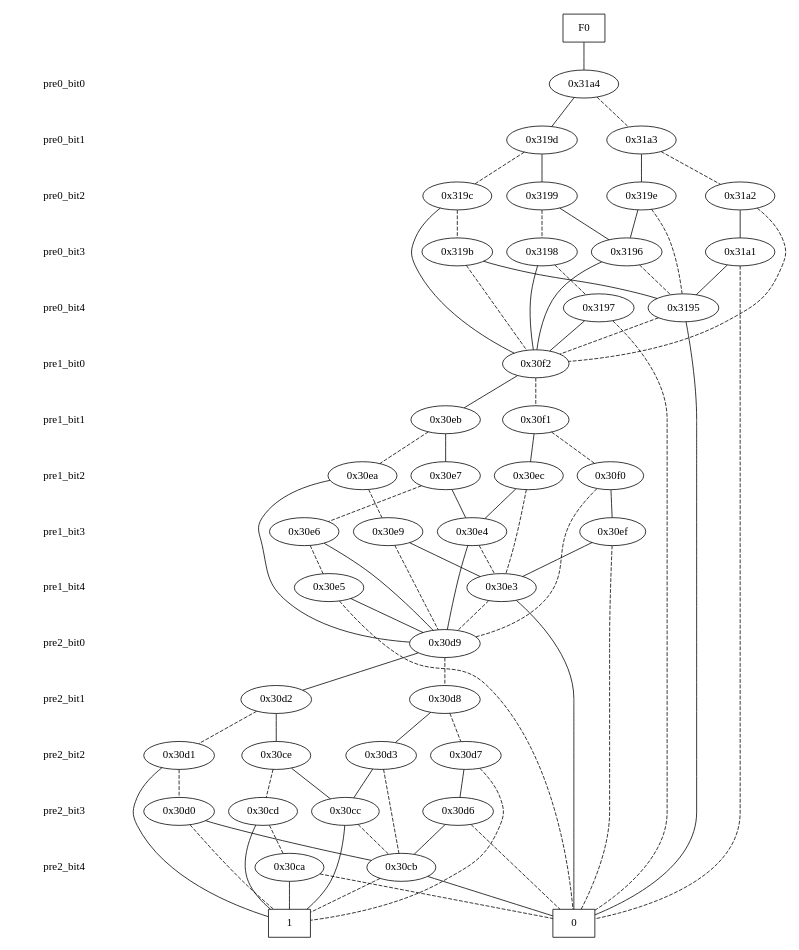
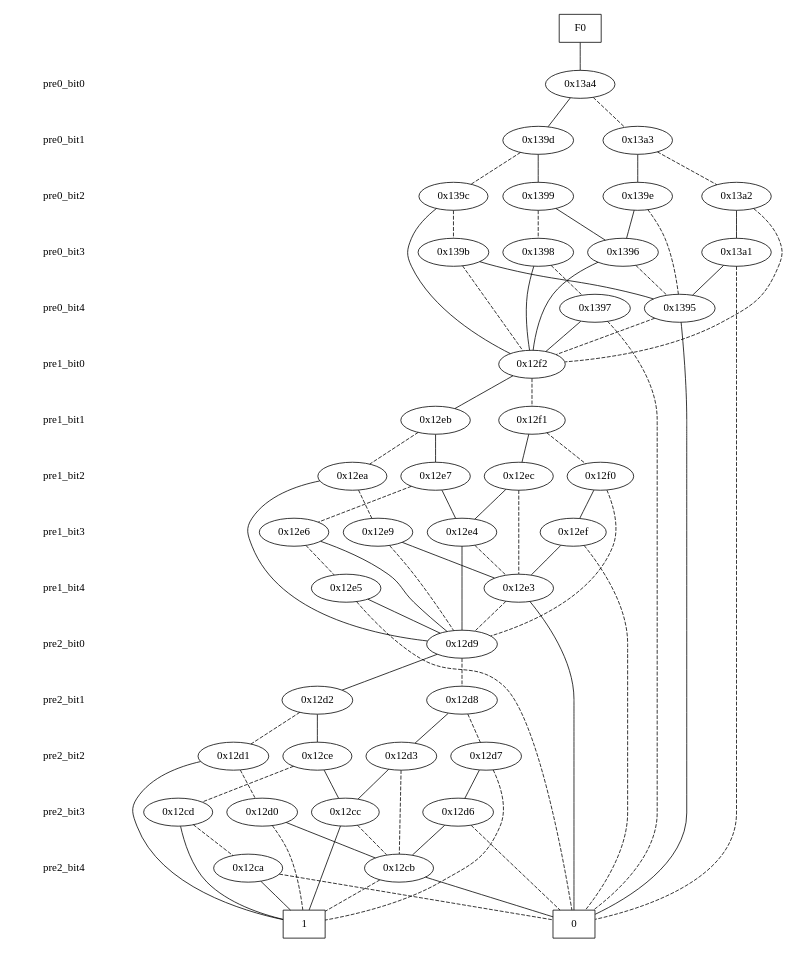
One commit to galvusdamor/downward-hm changed the diagram in state_copy.dot. Above: the diagram before and after it, drawn with Graphviz. The commit also changed 3 other files, not shown here.

```diff
--- a/state_copy.dot
+++ b/state_copy.dot
@@ -1,167 +1,167 @@
 digraph "DD" {
 size = "7.5,10"
 center = true;
 edge [dir = none];
 { node [shape = plaintext];
   edge [style = invis];
   "CONST NODES" [style = invis];
 " pre0_bit0 " -> " pre0_bit1 " -> " pre0_bit2 " -> " pre0_bit3 " -> " pre0_bit4 " -> " pre1_bit0 " -> " pre1_bit1 " -> " pre1_bit2 " -> " pre1_bit3 " -> " pre1_bit4 " -> " pre2_bit0 " -> " pre2_bit1 " -> " pre2_bit2 " -> " pre2_bit3 " -> " pre2_bit4 " -> "CONST NODES"; 
 }
 { rank = same; node [shape = box]; edge [style = invis];
 "F0"; }
 { rank = same; " pre0_bit0 ";
-"0x31a4";
+"0x13a4";
 }
 { rank = same; " pre0_bit1 ";
-"0x31a3";
-"0x319d";
+"0x13a3";
+"0x139d";
 }
 { rank = same; " pre0_bit2 ";
-"0x31a2";
-"0x319c";
-"0x319e";
-"0x3199";
+"0x13a2";
+"0x139c";
+"0x139e";
+"0x1399";
 }
 { rank = same; " pre0_bit3 ";
-"0x319b";
-"0x3196";
-"0x3198";
-"0x31a1";
+"0x139b";
+"0x1396";
+"0x1398";
+"0x13a1";
 }
 { rank = same; " pre0_bit4 ";
-"0x3197";
-"0x3195";
+"0x1395";
+"0x1397";
 }
 { rank = same; " pre1_bit0 ";
-"0x30f2";
+"0x12f2";
 }
 { rank = same; " pre1_bit1 ";
-"0x30f1";
-"0x30eb";
+"0x12f1";
+"0x12eb";
 }
 { rank = same; " pre1_bit2 ";
-"0x30f0";
-"0x30ea";
-"0x30ec";
-"0x30e7";
+"0x12ea";
+"0x12ec";
+"0x12e7";
+"0x12f0";
 }
 { rank = same; " pre1_bit3 ";
-"0x30e9";
-"0x30e4";
-"0x30e6";
-"0x30ef";
+"0x12e4";
+"0x12e6";
+"0x12ef";
+"0x12e9";
 }
 { rank = same; " pre1_bit4 ";
-"0x30e3";
-"0x30e5";
+"0x12e3";
+"0x12e5";
 }
 { rank = same; " pre2_bit0 ";
-"0x30d9";
+"0x12d9";
 }
 { rank = same; " pre2_bit1 ";
-"0x30d2";
-"0x30d8";
+"0x12d2";
+"0x12d8";
 }
 { rank = same; " pre2_bit2 ";
-"0x30d3";
-"0x30d7";
-"0x30ce";
-"0x30d1";
+"0x12d1";
+"0x12d3";
+"0x12d7";
+"0x12ce";
 }
 { rank = same; " pre2_bit3 ";
-"0x30cd";
-"0x30cc";
-"0x30d0";
-"0x30d6";
+"0x12cd";
+"0x12cc";
+"0x12d0";
+"0x12d6";
 }
 { rank = same; " pre2_bit4 ";
-"0x30ca";
-"0x30cb";
+"0x12ca";
+"0x12cb";
 }
 { rank = same; "CONST NODES";
-{ node [shape = box]; "0x2cfa";
-"0x2cf9";
+{ node [shape = box]; "0xefa";
+"0xef9";
 }
 }
-"F0" -> "0x31a4" [style = solid];
-"0x31a4" -> "0x319d";
-"0x31a4" -> "0x31a3" [style = dashed];
-"0x31a3" -> "0x319e";
-"0x31a3" -> "0x31a2" [style = dashed];
-"0x319d" -> "0x3199";
-"0x319d" -> "0x319c" [style = dashed];
-"0x31a2" -> "0x31a1";
-"0x31a2" -> "0x30f2" [style = dashed];
-"0x319c" -> "0x30f2";
-"0x319c" -> "0x319b" [style = dashed];
-"0x319e" -> "0x3196";
-"0x319e" -> "0x3195" [style = dashed];
-"0x3199" -> "0x3196";
-"0x3199" -> "0x3198" [style = dashed];
-"0x319b" -> "0x3195";
-"0x319b" -> "0x30f2" [style = dashed];
-"0x3196" -> "0x30f2";
-"0x3196" -> "0x3195" [style = dashed];
-"0x3198" -> "0x30f2";
-"0x3198" -> "0x3197" [style = dashed];
-"0x31a1" -> "0x3195";
-"0x31a1" -> "0x2cfa" [style = dashed];
-"0x3197" -> "0x30f2";
-"0x3197" -> "0x2cfa" [style = dashed];
-"0x3195" -> "0x2cfa";
-"0x3195" -> "0x30f2" [style = dashed];
-"0x30f2" -> "0x30eb";
-"0x30f2" -> "0x30f1" [style = dashed];
-"0x30f1" -> "0x30ec";
-"0x30f1" -> "0x30f0" [style = dashed];
-"0x30eb" -> "0x30e7";
-"0x30eb" -> "0x30ea" [style = dashed];
-"0x30f0" -> "0x30ef";
-"0x30f0" -> "0x30d9" [style = dashed];
-"0x30ea" -> "0x30d9";
-"0x30ea" -> "0x30e9" [style = dashed];
-"0x30ec" -> "0x30e4";
-"0x30ec" -> "0x30e3" [style = dashed];
-"0x30e7" -> "0x30e4";
-"0x30e7" -> "0x30e6" [style = dashed];
-"0x30e9" -> "0x30e3";
-"0x30e9" -> "0x30d9" [style = dashed];
-"0x30e4" -> "0x30d9";
-"0x30e4" -> "0x30e3" [style = dashed];
-"0x30e6" -> "0x30d9";
-"0x30e6" -> "0x30e5" [style = dashed];
-"0x30ef" -> "0x30e3";
-"0x30ef" -> "0x2cfa" [style = dashed];
-"0x30e3" -> "0x2cfa";
-"0x30e3" -> "0x30d9" [style = dashed];
-"0x30e5" -> "0x30d9";
-"0x30e5" -> "0x2cfa" [style = dashed];
-"0x30d9" -> "0x30d2";
-"0x30d9" -> "0x30d8" [style = dashed];
-"0x30d2" -> "0x30ce";
-"0x30d2" -> "0x30d1" [style = dashed];
-"0x30d8" -> "0x30d3";
-"0x30d8" -> "0x30d7" [style = dashed];
-"0x30d3" -> "0x30cc";
-"0x30d3" -> "0x30cb" [style = dashed];
-"0x30d7" -> "0x30d6";
-"0x30d7" -> "0x2cf9" [style = dashed];
-"0x30ce" -> "0x30cc";
-"0x30ce" -> "0x30cd" [style = dashed];
-"0x30d1" -> "0x2cf9";
-"0x30d1" -> "0x30d0" [style = dashed];
-"0x30cd" -> "0x2cf9";
-"0x30cd" -> "0x30ca" [style = dashed];
-"0x30cc" -> "0x2cf9";
-"0x30cc" -> "0x30cb" [style = dashed];
-"0x30d0" -> "0x30cb";
-"0x30d0" -> "0x2cf9" [style = dashed];
-"0x30d6" -> "0x30cb";
-"0x30d6" -> "0x2cfa" [style = dashed];
-"0x30ca" -> "0x2cf9";
-"0x30ca" -> "0x2cfa" [style = dashed];
-"0x30cb" -> "0x2cfa";
-"0x30cb" -> "0x2cf9" [style = dashed];
-"0x2cfa" [label = "0"];
-"0x2cf9" [label = "1"];
+"F0" -> "0x13a4" [style = solid];
+"0x13a4" -> "0x139d";
+"0x13a4" -> "0x13a3" [style = dashed];
+"0x13a3" -> "0x139e";
+"0x13a3" -> "0x13a2" [style = dashed];
+"0x139d" -> "0x1399";
+"0x139d" -> "0x139c" [style = dashed];
+"0x13a2" -> "0x13a1";
+"0x13a2" -> "0x12f2" [style = dashed];
+"0x139c" -> "0x12f2";
+"0x139c" -> "0x139b" [style = dashed];
+"0x139e" -> "0x1396";
+"0x139e" -> "0x1395" [style = dashed];
+"0x1399" -> "0x1396";
+"0x1399" -> "0x1398" [style = dashed];
+"0x139b" -> "0x1395";
+"0x139b" -> "0x12f2" [style = dashed];
+"0x1396" -> "0x12f2";
+"0x1396" -> "0x1395" [style = dashed];
+"0x1398" -> "0x12f2";
+"0x1398" -> "0x1397" [style = dashed];
+"0x13a1" -> "0x1395";
+"0x13a1" -> "0xefa" [style = dashed];
+"0x1395" -> "0xefa";
+"0x1395" -> "0x12f2" [style = dashed];
+"0x1397" -> "0x12f2";
+"0x1397" -> "0xefa" [style = dashed];
+"0x12f2" -> "0x12eb";
+"0x12f2" -> "0x12f1" [style = dashed];
+"0x12f1" -> "0x12ec";
+"0x12f1" -> "0x12f0" [style = dashed];
+"0x12eb" -> "0x12e7";
+"0x12eb" -> "0x12ea" [style = dashed];
+"0x12ea" -> "0x12d9";
+"0x12ea" -> "0x12e9" [style = dashed];
+"0x12ec" -> "0x12e4";
+"0x12ec" -> "0x12e3" [style = dashed];
+"0x12e7" -> "0x12e4";
+"0x12e7" -> "0x12e6" [style = dashed];
+"0x12f0" -> "0x12ef";
+"0x12f0" -> "0x12d9" [style = dashed];
+"0x12e4" -> "0x12d9";
+"0x12e4" -> "0x12e3" [style = dashed];
+"0x12e6" -> "0x12d9";
+"0x12e6" -> "0x12e5" [style = dashed];
+"0x12ef" -> "0x12e3";
+"0x12ef" -> "0xefa" [style = dashed];
+"0x12e9" -> "0x12e3";
+"0x12e9" -> "0x12d9" [style = dashed];
+"0x12e3" -> "0xefa";
+"0x12e3" -> "0x12d9" [style = dashed];
+"0x12e5" -> "0x12d9";
+"0x12e5" -> "0xefa" [style = dashed];
+"0x12d9" -> "0x12d2";
+"0x12d9" -> "0x12d8" [style = dashed];
+"0x12d2" -> "0x12ce";
+"0x12d2" -> "0x12d1" [style = dashed];
+"0x12d8" -> "0x12d3";
+"0x12d8" -> "0x12d7" [style = dashed];
+"0x12d1" -> "0xef9";
+"0x12d1" -> "0x12d0" [style = dashed];
+"0x12d3" -> "0x12cc";
+"0x12d3" -> "0x12cb" [style = dashed];
+"0x12d7" -> "0x12d6";
+"0x12d7" -> "0xef9" [style = dashed];
+"0x12ce" -> "0x12cc";
+"0x12ce" -> "0x12cd" [style = dashed];
+"0x12cd" -> "0xef9";
+"0x12cd" -> "0x12ca" [style = dashed];
+"0x12cc" -> "0xef9";
+"0x12cc" -> "0x12cb" [style = dashed];
+"0x12d0" -> "0x12cb";
+"0x12d0" -> "0xef9" [style = dashed];
+"0x12d6" -> "0x12cb";
+"0x12d6" -> "0xefa" [style = dashed];
+"0x12ca" -> "0xef9";
+"0x12ca" -> "0xefa" [style = dashed];
+"0x12cb" -> "0xefa";
+"0x12cb" -> "0xef9" [style = dashed];
+"0xefa" [label = "0"];
+"0xef9" [label = "1"];
 }
```
